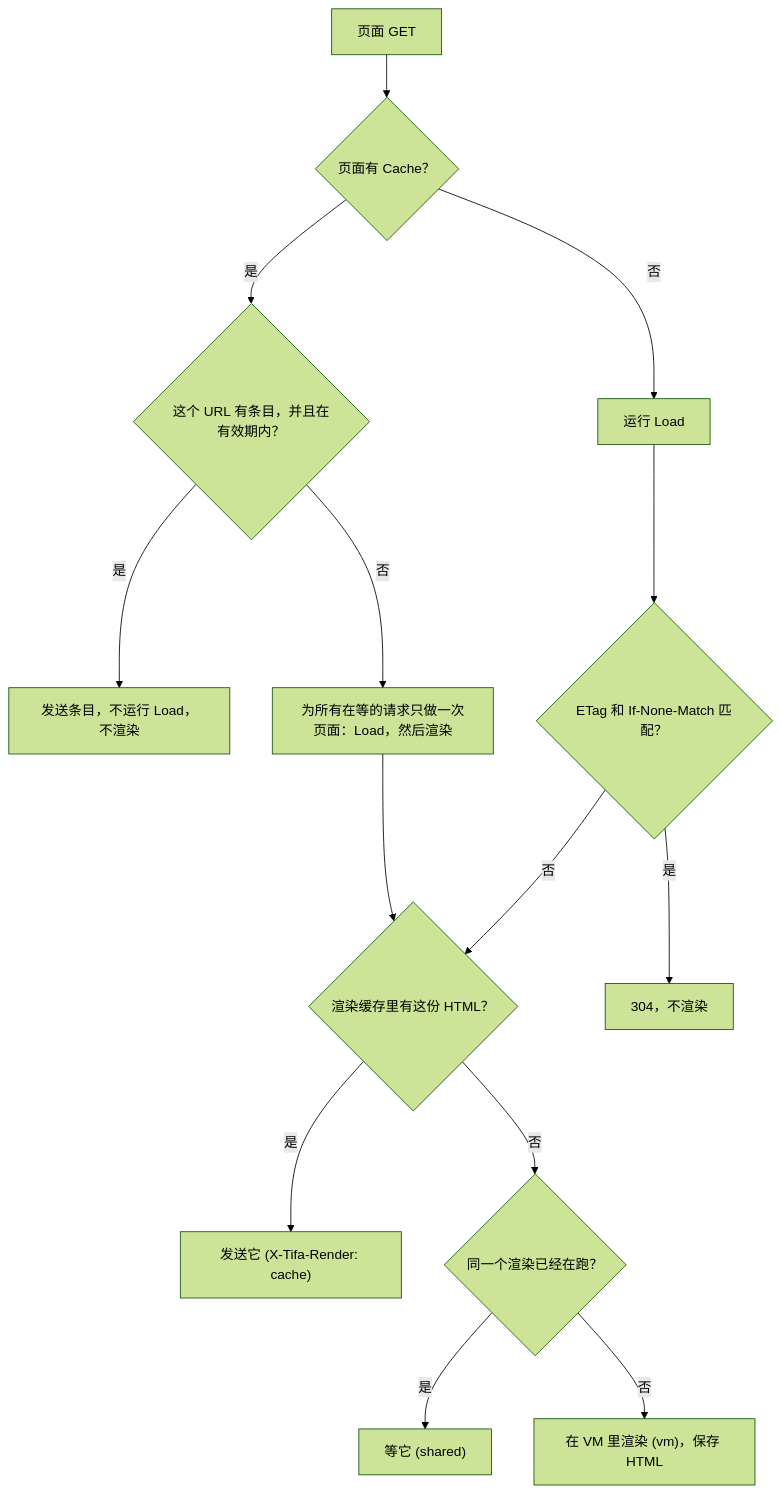
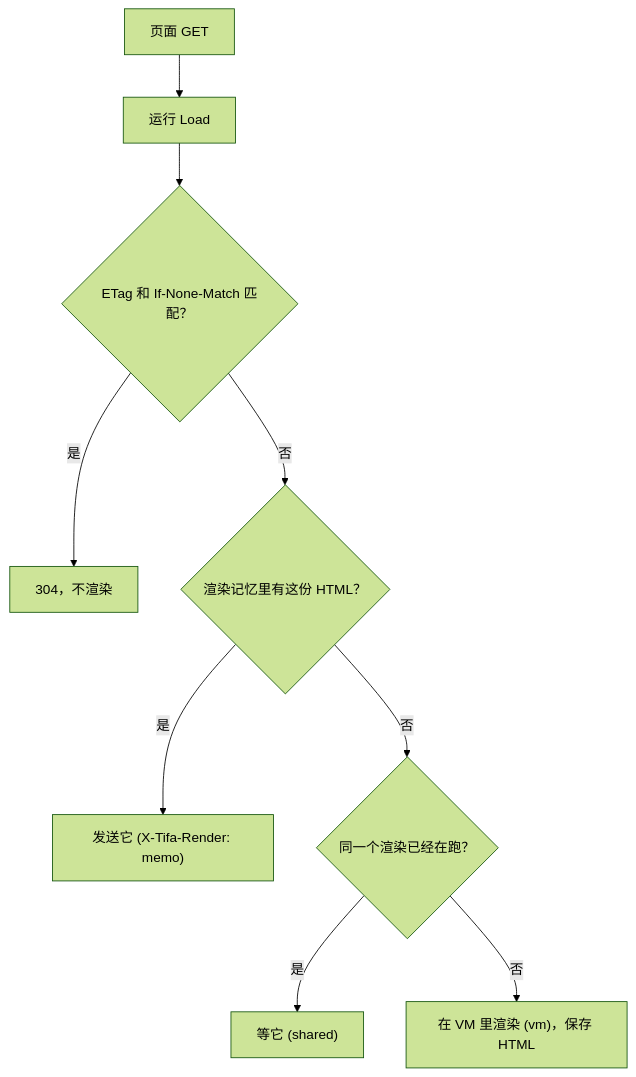
Before and after one commit to liustack/tifa: the eighth of 8 diagrams in docs/architecture.zh-CN.md, drawn with Mermaid (forest theme). The commit also changed other lines of this file and 41 other files, not shown here.

First line of the commit message:
docs: describe the render memo and Cache for CDNs

````diff
--- a/docs/architecture.zh-CN.md
+++ b/docs/architecture.zh-CN.md
@@ -198,16 +196,11 @@
 ```mermaid
 flowchart TD
-  Q["页面 GET"] --> A{"页面有 Cache？"}
-  A -- "是" --> W{"这个 URL 有条目，并且在有效期内？"}
-  W -- "是" --> WH["发送条目，不运行 Load，不渲染"]
-  W -- "否" --> WM["为所有在等的请求只做一次页面：Load，然后渲染"]
-  WM --> RC
-  A -- "否" --> LD["运行 Load"]
+  Q["页面 GET"] --> LD["运行 Load"]
   LD --> ET{"ETag 和 If-None-Match 匹配？"}
   ET -- "是" --> N304["304，不渲染"]
-  ET -- "否" --> RC{"渲染缓存里有这份 HTML？"}
-  RC -- "是" --> RH["发送它 (X-Tifa-Render: cache)"]
+  ET -- "否" --> RC{"渲染记忆里有这份 HTML？"}
+  RC -- "是" --> RH["发送它 (X-Tifa-Render: memo)"]
   RC -- "否" --> FL{"同一个渲染已经在跑？"}
   FL -- "是" --> SH["等它 (shared)"]
   FL -- "否" --> VMR["在 VM 里渲染 (vm)，保存 HTML"]
 ```
````
